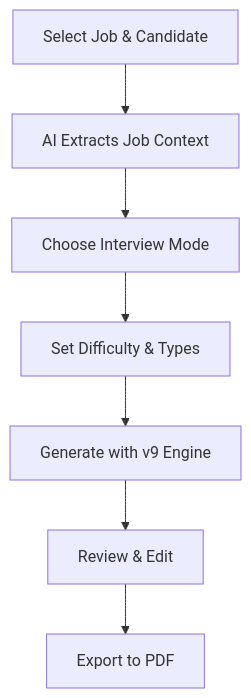
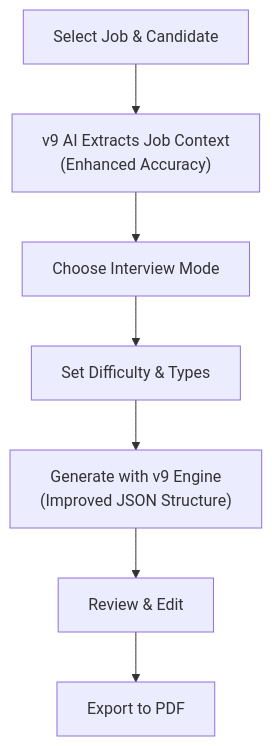
Before and after one commit to zmyeo54/briefroom: the fifth of 6 diagrams in .qoder/repowiki/en/content/Core Features/Interview Question Generator/Interview Question Generator.md, drawn with Mermaid. The commit also changed other lines of this file and 37 other files, not shown here.

````diff
--- a/.qoder/repowiki/en/content/Core Features/Interview Question Generator/Interview Question Generator.md
+++ b/.qoder/repowiki/en/content/Core Features/Interview Question Generator/Interview Question Generator.md
@@ -346,9 +349,9 @@
 ```mermaid
 flowchart TD
-A["Select Job & Candidate"] --> B["AI Extracts Job Context"]
+A["Select Job & Candidate"] --> B["v9 AI Extracts Job Context<br/>(Enhanced Accuracy)"]
 B --> C["Choose Interview Mode"]
 C --> D["Set Difficulty & Types"]
-D --> E["Generate with v9 Engine"]
+D --> E["Generate with v9 Engine<br/>(Improved JSON Structure)"]
 E --> F["Review & Edit"]
 F --> G["Export to PDF"]
 ```
````
